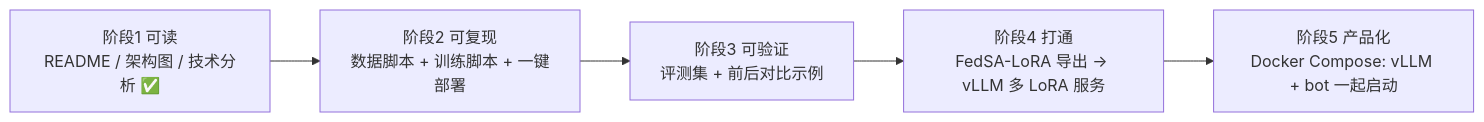
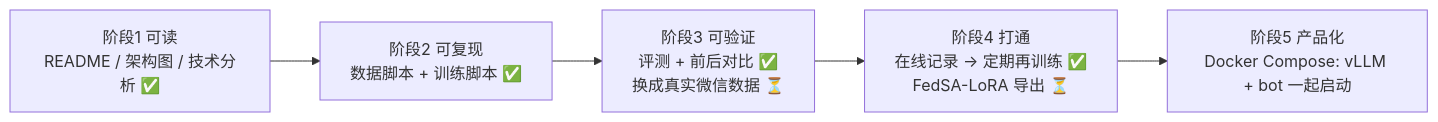
The diagram in docs/TECHNICAL_ANALYSIS.md (zongyangbigpolo/Super-Polo-Custom-LLM-Builder), drawn with Mermaid before and after one commit. The commit also changed other lines of this file and 18 other files, not shown here.

````diff
--- a/docs/TECHNICAL_ANALYSIS.md
+++ b/docs/TECHNICAL_ANALYSIS.md
@@ -121,7 +122,7 @@
 ```mermaid
 flowchart LR
-    P1["阶段1 可读<br/>README / 架构图 / 技术分析 ✅"] --> P2["阶段2 可复现<br/>数据脚本 + 训练脚本 + 一键部署"]
-    P2 --> P3["阶段3 可验证<br/>评测集 + 前后对比示例"]
-    P3 --> P4["阶段4 打通<br/>FedSA-LoRA 导出 → vLLM 多 LoRA 服务"]
+    P1["阶段1 可读<br/>README / 架构图 / 技术分析 ✅"] --> P2["阶段2 可复现<br/>数据脚本 + 训练脚本 ✅"]
+    P2 --> P3["阶段3 可验证<br/>评测 + 前后对比 ✅<br/>换成真实微信数据 ⏳"]
+    P3 --> P4["阶段4 打通<br/>在线记录 → 定期再训练 ✅<br/>FedSA-LoRA 导出 ⏳"]
     P4 --> P5["阶段5 产品化<br/>Docker Compose: vLLM + bot 一起启动"]
 ```
````
